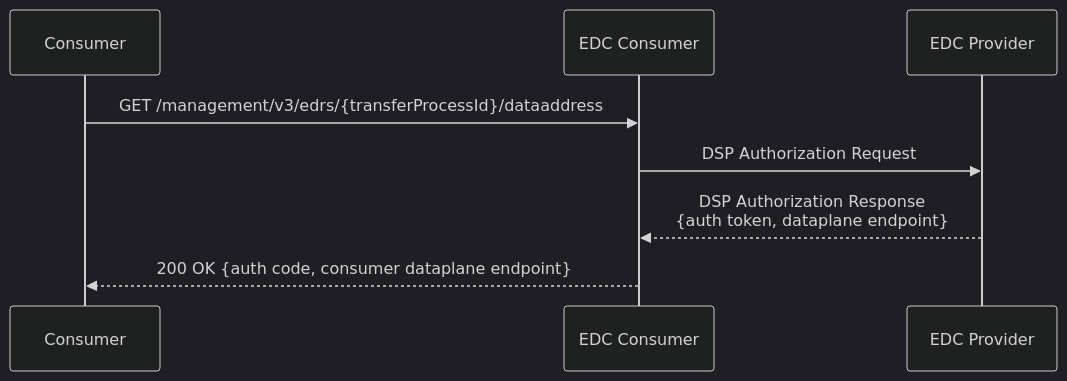
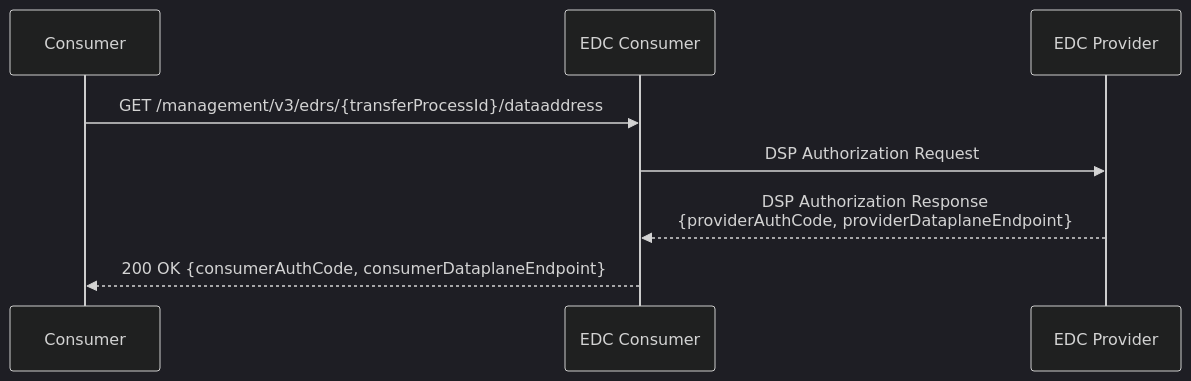
The seventh of 8 diagrams in scripts/README.md (borrmann-dev/construct-x-edge-k8s), drawn with Mermaid (dark theme) before and after one commit. The commit also changed other lines of this file, not shown here.

Commit message:
corrected

````diff
--- a/scripts/README.md
+++ b/scripts/README.md
@@ -131,11 +131,11 @@
 ```mermaid
 sequenceDiagram
     participant Consumer
     participant EDC_Consumer as EDC Consumer
     participant EDC_Provider as EDC Provider
 
     Consumer->>EDC_Consumer: GET /management/v3/edrs/{transferProcessId}/dataaddress
     EDC_Consumer->>EDC_Provider: DSP Authorization Request
-    EDC_Provider-->>EDC_Consumer: DSP Authorization Response<br/>{auth token, dataplane endpoint}
-    EDC_Consumer-->>Consumer: 200 OK {auth code, consumer dataplane endpoint}
+    EDC_Provider-->>EDC_Consumer: DSP Authorization Response<br/>{providerAuthCode, providerDataplaneEndpoint}
+    EDC_Consumer-->>Consumer: 200 OK {consumerAuthCode, consumerDataplaneEndpoint}
 ```
````
